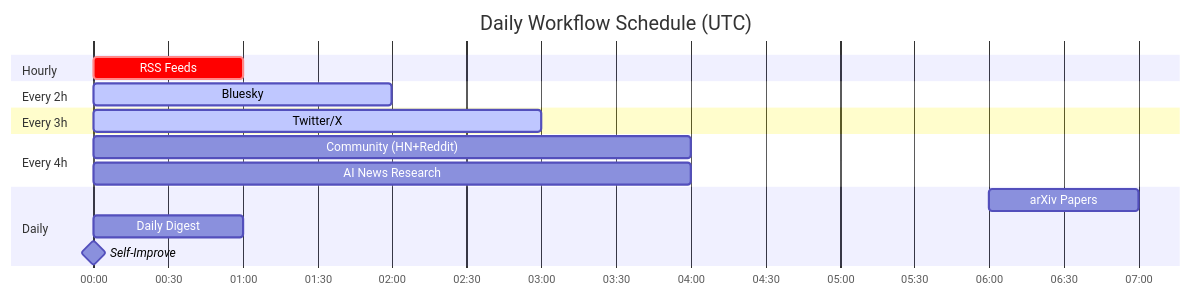
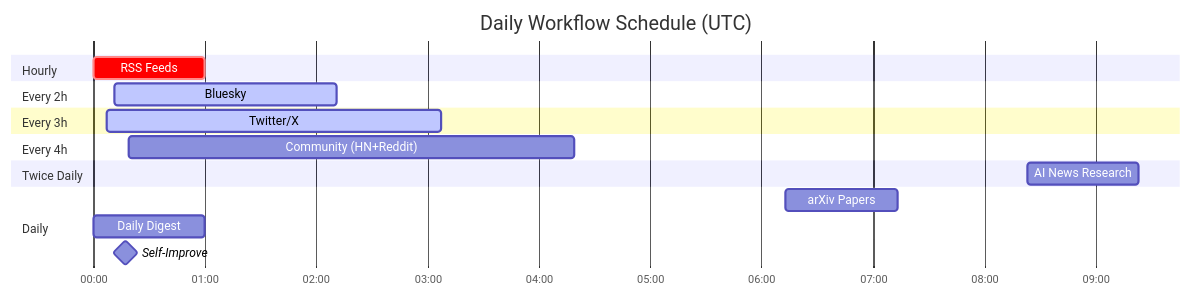
Before and after one commit to guzus/ai-research-arm: the second of 2 diagrams in README.md, drawn with Mermaid. The commit also changed other lines of this file and 13 other files, not shown here.

````diff
--- a/README.md
+++ b/README.md
@@ -78,24 +78,26 @@
 ```mermaid
 gantt
     title Daily Workflow Schedule (UTC)
     dateFormat HH:mm
     axisFormat %H:%M
 
     section Hourly
     RSS Feeds           :crit, 00:00, 1h
 
     section Every 2h
-    Bluesky             :active, 00:00, 2h
+    Bluesky             :active, 00:11, 2h
 
     section Every 3h
-    Twitter/X           :active, 00:00, 3h
+    Twitter/X           :active, 00:07, 3h
 
     section Every 4h
-    Community (HN+Reddit) :00:00, 4h
-    AI News Research    :00:00, 4h
+    Community (HN+Reddit) :00:19, 4h
+
+    section Twice Daily
+    AI News Research    :08:23, 1h
 
     section Daily
-    arXiv Papers        :06:00, 1h
+    arXiv Papers        :06:13, 1h
     Daily Digest        :00:00, 1h
-    Self-Improve        :milestone, 00:00, 0h
+    Self-Improve        :milestone, 00:17, 0h
 ```
````
